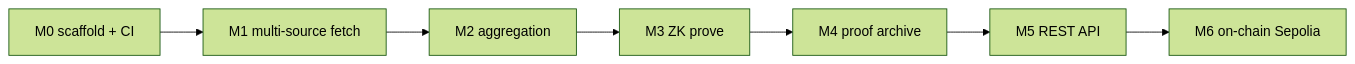
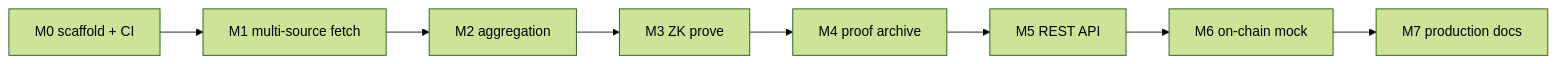
One commit to akshitj11/zk-oracle-aggregator changed the third of 3 diagrams in docs/WHY.md. Above: the diagram before and after it, drawn with Mermaid (forest theme). The commit also changed other lines of this file and 5 other files, not shown here.

````diff
--- a/docs/WHY.md
+++ b/docs/WHY.md
@@ -43,9 +43,10 @@
 ```mermaid
 flowchart LR
   M0[M0 scaffold + CI] --> M1[M1 multi-source fetch]
   M1 --> M2[M2 aggregation]
   M2 --> M3[M3 ZK prove]
   M3 --> M4[M4 proof archive]
   M4 --> M5[M5 REST API]
-  M5 --> M6[M6 on-chain Sepolia]
+  M5 --> M6[M6 on-chain mock]
+  M6 --> M7[M7 production docs]
 ```
````
